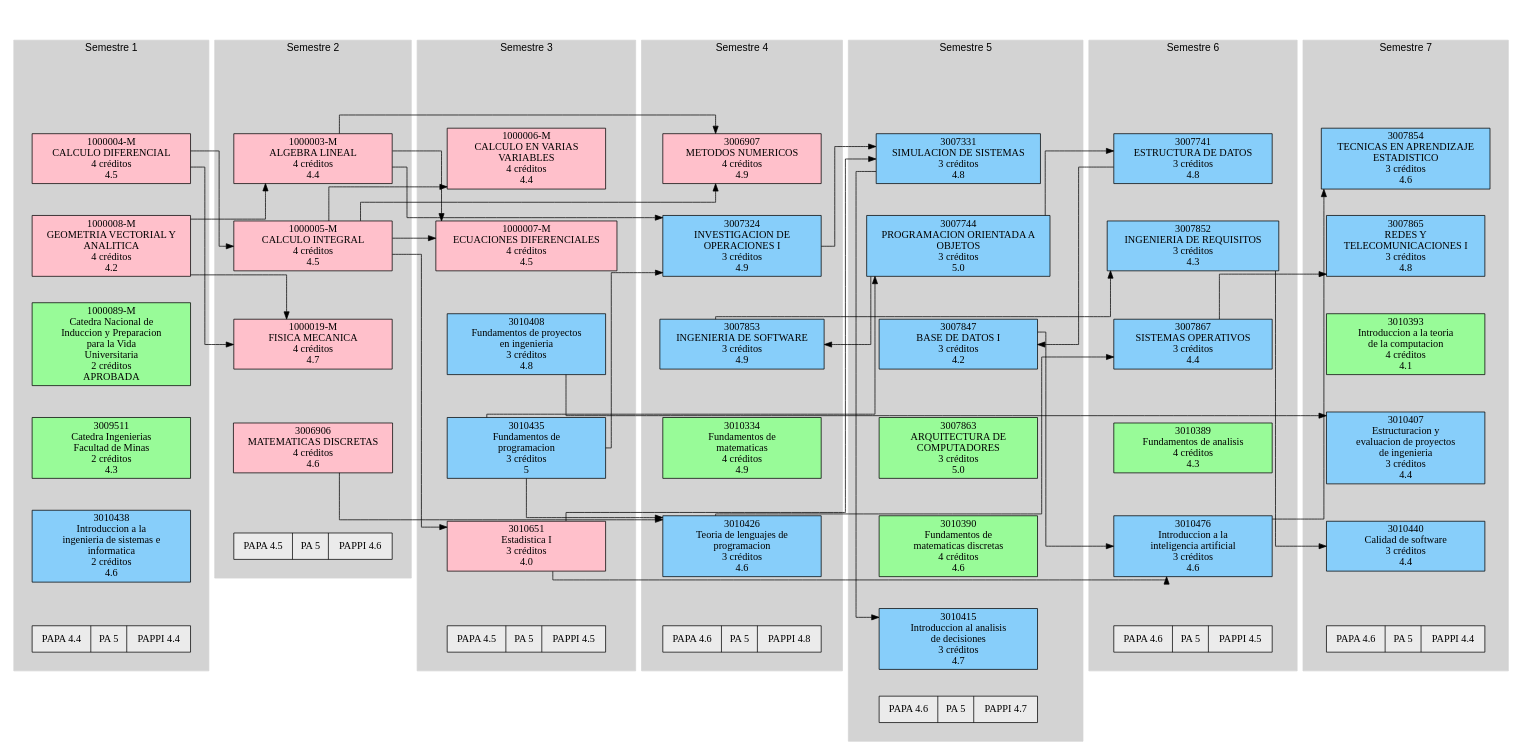
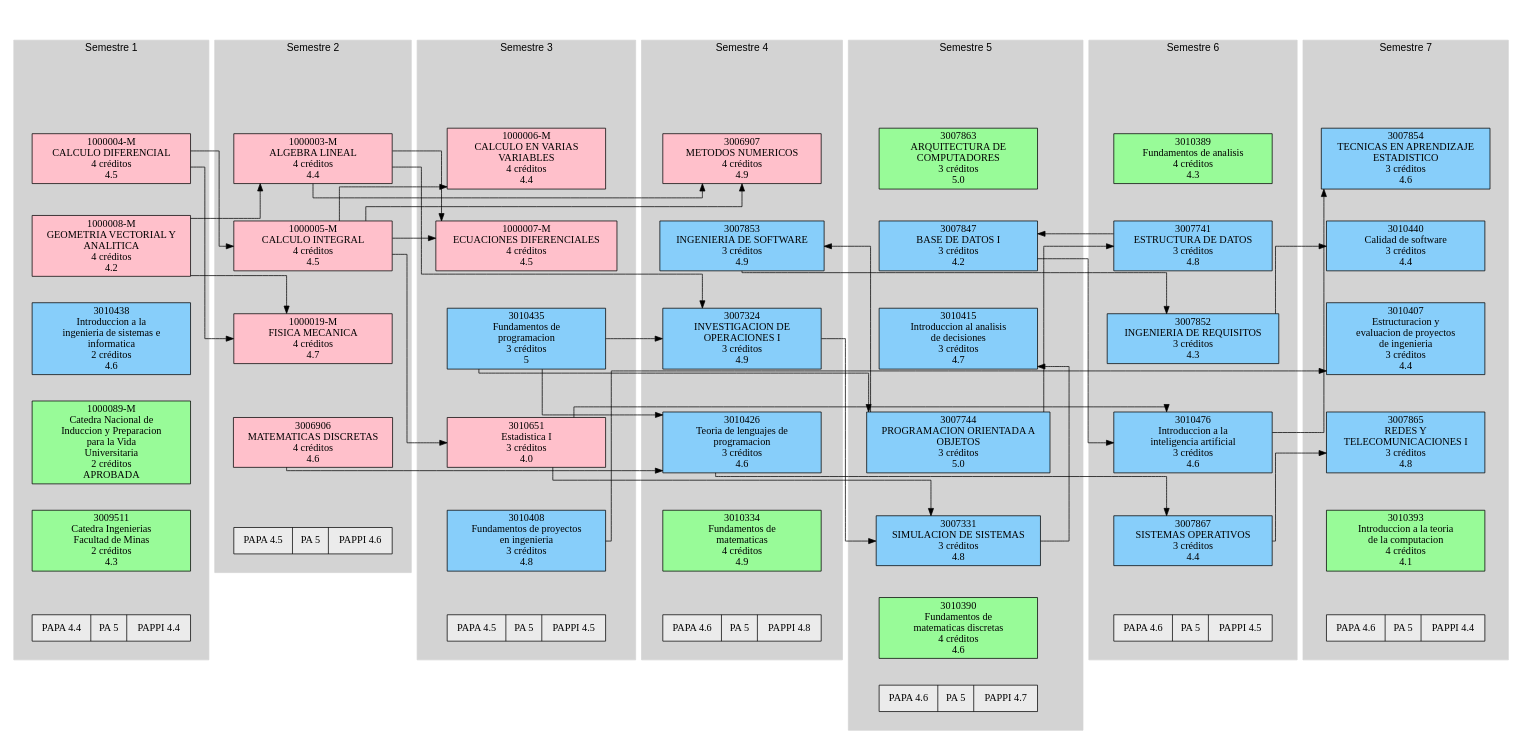
One commit to eporrasm/d-web changed the diagram in codigo/asignatura_catalog/Digraph.gv. Above: the diagram before and after it, drawn with Graphviz. The commit also changed 3 other files, not shown here.

```diff
--- a/codigo/asignatura_catalog/Digraph.gv
+++ b/codigo/asignatura_catalog/Digraph.gv
@@ -10,37 +10,37 @@
 		"1000004-M" [label="1000004-M
 CALCULO DIFERENCIAL
 4 créditos
-4.5" fillcolor="#FFC0CB" group=sem1]
+4.5" color="#000000" fillcolor="#FFC0CB" group=sem1]
 		sem_1 -> "1000004-M" [style=invis]
 		"1000008-M" [label="1000008-M
 GEOMETRIA VECTORIAL Y
 ANALITICA
 4 créditos
-4.2" fillcolor="#FFC0CB" group=sem1]
+4.2" color="#000000" fillcolor="#FFC0CB" group=sem1]
 		"1000004-M" -> "1000008-M" [style=invis]
+		3010438 [label="3010438
+Introduccion a la
+ingenieria de sistemas e
+informatica
+2 créditos
+4.6" color="#000000" fillcolor="#87CEFA" group=sem1]
+		"1000008-M" -> 3010438 [style=invis]
 		"1000089-M" [label="1000089-M
 Catedra Nacional de
 Induccion y Preparacion
 para la Vida
 Universitaria
 2 créditos
-APROBADA" fillcolor="#98FB98" group=sem1]
-		"1000008-M" -> "1000089-M" [style=invis]
+APROBADA" color="#000000" fillcolor="#98FB98" group=sem1]
+		3010438 -> "1000089-M" [style=invis]
 		3009511 [label="3009511
 Catedra Ingenierias
 Facultad de Minas
 2 créditos
-4.3" fillcolor="#98FB98" group=sem1]
+4.3" color="#000000" fillcolor="#98FB98" group=sem1]
 		"1000089-M" -> 3009511 [style=invis]
-		3010438 [label="3010438
-Introduccion a la
-ingenieria de sistemas e
-informatica
-2 créditos
-4.6" fillcolor="#87CEFA" group=sem1]
-		3009511 -> 3010438 [style=invis]
 		"Promedio 1" [label="PAPA 4.4|PA 5|PAPPI 4.4" fillcolor="#EBEBEB" shape=record]
-		3010438 -> "Promedio 1" [style=invis]
+		3009511 -> "Promedio 1" [style=invis]
 	}
 	subgraph cluster_2 {
 		graph [margin=25]
@@ -51,22 +51,22 @@
 		"1000003-M" [label="1000003-M
 ALGEBRA LINEAL
 4 créditos
-4.4" fillcolor="#FFC0CB" group=sem2]
+4.4" color="#000000" fillcolor="#FFC0CB" group=sem2]
 		sem_2 -> "1000003-M" [style=invis]
 		"1000005-M" [label="1000005-M
 CALCULO INTEGRAL
 4 créditos
-4.5" fillcolor="#FFC0CB" group=sem2]
+4.5" color="#000000" fillcolor="#FFC0CB" group=sem2]
 		"1000003-M" -> "1000005-M" [style=invis]
 		"1000019-M" [label="1000019-M
 FISICA MECANICA
 4 créditos
-4.7" fillcolor="#FFC0CB" group=sem2]
+4.7" color="#000000" fillcolor="#FFC0CB" group=sem2]
 		"1000005-M" -> "1000019-M" [style=invis]
 		3006906 [label="3006906
 MATEMATICAS DISCRETAS
 4 créditos
-4.6" fillcolor="#FFC0CB" group=sem2]
+4.6" color="#000000" fillcolor="#FFC0CB" group=sem2]
 		"1000019-M" -> 3006906 [style=invis]
 		"Promedio 2" [label="PAPA 4.5|PA 5|PAPPI 4.6" fillcolor="#EBEBEB" shape=record]
 		3006906 -> "Promedio 2" [style=invis]
@@ -81,32 +81,32 @@
 CALCULO EN VARIAS
 VARIABLES
 4 créditos
-4.4" fillcolor="#FFC0CB" group=sem3]
+4.4" color="#000000" fillcolor="#FFC0CB" group=sem3]
 		sem_3 -> "1000006-M" [style=invis]
 		"1000007-M" [label="1000007-M
 ECUACIONES DIFERENCIALES
 4 créditos
-4.5" fillcolor="#FFC0CB" group=sem3]
+4.5" color="#000000" fillcolor="#FFC0CB" group=sem3]
 		"1000006-M" -> "1000007-M" [style=invis]
+		3010435 [label="3010435
+Fundamentos de
+programacion
+3 créditos
+5" color="#000000" fillcolor="#87CEFA" group=sem3]
+		"1000007-M" -> 3010435 [style=invis]
+		3010651 [label="3010651
+Estadistica I
+3 créditos
+4.0" color="#000000" fillcolor="#FFC0CB" group=sem3]
+		3010435 -> 3010651 [style=invis]
 		3010408 [label="3010408
 Fundamentos de proyectos
 en ingenieria
 3 créditos
-4.8" fillcolor="#87CEFA" group=sem3]
-		"1000007-M" -> 3010408 [style=invis]
-		3010435 [label="3010435
-Fundamentos de
-programacion
-3 créditos
-5" fillcolor="#87CEFA" group=sem3]
-		3010408 -> 3010435 [style=invis]
-		3010651 [label="3010651
-Estadistica I
-3 créditos
-4.0" fillcolor="#FFC0CB" group=sem3]
-		3010435 -> 3010651 [style=invis]
+4.8" color="#000000" fillcolor="#87CEFA" group=sem3]
+		3010651 -> 3010408 [style=invis]
 		"Promedio 3" [label="PAPA 4.5|PA 5|PAPPI 4.5" fillcolor="#EBEBEB" shape=record]
-		3010651 -> "Promedio 3" [style=invis]
+		3010408 -> "Promedio 3" [style=invis]
 	}
 	subgraph cluster_4 {
 		graph [margin=25]
@@ -117,33 +117,33 @@
 		3006907 [label="3006907
 METODOS NUMERICOS
 4 créditos
-4.9" fillcolor="#FFC0CB" group=sem4]
+4.9" color="#000000" fillcolor="#FFC0CB" group=sem4]
 		sem_4 -> 3006907 [style=invis]
+		3007853 [label="3007853
+INGENIERIA DE SOFTWARE
+3 créditos
+4.9" color="#000000" fillcolor="#87CEFA" group=sem4]
+		3006907 -> 3007853 [style=invis]
 		3007324 [label="3007324
 INVESTIGACION DE
 OPERACIONES I
 3 créditos
-4.9" fillcolor="#87CEFA" group=sem4]
-		3006907 -> 3007324 [style=invis]
-		3007853 [label="3007853
-INGENIERIA DE SOFTWARE
+4.9" color="#000000" fillcolor="#87CEFA" group=sem4]
+		3007853 -> 3007324 [style=invis]
+		3010426 [label="3010426
+Teoria de lenguajes de
+programacion
 3 créditos
-4.9" fillcolor="#87CEFA" group=sem4]
-		3007324 -> 3007853 [style=invis]
+4.6" color="#000000" fillcolor="#87CEFA" group=sem4]
+		3007324 -> 3010426 [style=invis]
 		3010334 [label="3010334
 Fundamentos de
 matematicas
 4 créditos
-4.9" fillcolor="#98FB98" group=sem4]
-		3007853 -> 3010334 [style=invis]
-		3010426 [label="3010426
-Teoria de lenguajes de
-programacion
-3 créditos
-4.6" fillcolor="#87CEFA" group=sem4]
-		3010334 -> 3010426 [style=invis]
+4.9" color="#000000" fillcolor="#98FB98" group=sem4]
+		3010426 -> 3010334 [style=invis]
 		"Promedio 4" [label="PAPA 4.6|PA 5|PAPPI 4.8" fillcolor="#EBEBEB" shape=record]
-		3010426 -> "Promedio 4" [style=invis]
+		3010334 -> "Promedio 4" [style=invis]
 	}
 	subgraph cluster_5 {
 		graph [margin=25]
@@ -151,42 +151,42 @@
 		color=lightgrey fontname=Arial style=filled
 		label="Semestre 5"
 		sem_5 [label=sem_5 style=invis]
-		3007331 [label="3007331
-SIMULACION DE SISTEMAS
+		3007863 [label="3007863
+ARQUITECTURA DE
+COMPUTADORES
 3 créditos
-4.8" fillcolor="#87CEFA" group=sem5]
-		sem_5 -> 3007331 [style=invis]
+5.0" color="#000000" fillcolor="#98FB98" group=sem5]
+		sem_5 -> 3007863 [style=invis]
+		3007847 [label="3007847
+BASE DE DATOS I
+3 créditos
+4.2" color="#000000" fillcolor="#87CEFA" group=sem5]
+		3007863 -> 3007847 [style=invis]
+		3010415 [label="3010415
+Introduccion al analisis
+de decisiones
+3 créditos
+4.7" color="#000000" fillcolor="#87CEFA" group=sem5]
+		3007847 -> 3010415 [style=invis]
 		3007744 [label="3007744
 PROGRAMACION ORIENTADA A
 OBJETOS
 3 créditos
-5.0" fillcolor="#87CEFA" group=sem5]
-		3007331 -> 3007744 [style=invis]
-		3007847 [label="3007847
-BASE DE DATOS I
+5.0" color="#000000" fillcolor="#87CEFA" group=sem5]
+		3010415 -> 3007744 [style=invis]
+		3007331 [label="3007331
+SIMULACION DE SISTEMAS
 3 créditos
-4.2" fillcolor="#87CEFA" group=sem5]
-		3007744 -> 3007847 [style=invis]
-		3007863 [label="3007863
-ARQUITECTURA DE
-COMPUTADORES
-3 créditos
-5.0" fillcolor="#98FB98" group=sem5]
-		3007847 -> 3007863 [style=invis]
+4.8" color="#000000" fillcolor="#87CEFA" group=sem5]
+		3007744 -> 3007331 [style=invis]
 		3010390 [label="3010390
 Fundamentos de
 matematicas discretas
 4 créditos
-4.6" fillcolor="#98FB98" group=sem5]
-		3007863 -> 3010390 [style=invis]
-		3010415 [label="3010415
-Introduccion al analisis
-de decisiones
-3 créditos
-4.7" fillcolor="#87CEFA" group=sem5]
-		3010390 -> 3010415 [style=invis]
+4.6" color="#000000" fillcolor="#98FB98" group=sem5]
+		3007331 -> 3010390 [style=invis]
 		"Promedio 5" [label="PAPA 4.6|PA 5|PAPPI 4.7" fillcolor="#EBEBEB" shape=record]
-		3010415 -> "Promedio 5" [style=invis]
+		3010390 -> "Promedio 5" [style=invis]
 	}
 	subgraph cluster_6 {
 		graph [margin=25]
@@ -194,34 +194,34 @@
 		color=lightgrey fontname=Arial style=filled
 		label="Semestre 6"
 		sem_6 [label=sem_6 style=invis]
+		3010389 [label="3010389
+Fundamentos de analisis
+4 créditos
+4.3" color="#000000" fillcolor="#98FB98" group=sem6]
+		sem_6 -> 3010389 [style=invis]
 		3007741 [label="3007741
 ESTRUCTURA DE DATOS
 3 créditos
-4.8" fillcolor="#87CEFA" group=sem6]
-		sem_6 -> 3007741 [style=invis]
+4.8" color="#000000" fillcolor="#87CEFA" group=sem6]
+		3010389 -> 3007741 [style=invis]
 		3007852 [label="3007852
 INGENIERIA DE REQUISITOS
 3 créditos
-4.3" fillcolor="#87CEFA" group=sem6]
+4.3" color="#000000" fillcolor="#87CEFA" group=sem6]
 		3007741 -> 3007852 [style=invis]
-		3007867 [label="3007867
-SISTEMAS OPERATIVOS
-3 créditos
-4.4" fillcolor="#87CEFA" group=sem6]
-		3007852 -> 3007867 [style=invis]
-		3010389 [label="3010389
-Fundamentos de analisis
-4 créditos
-4.3" fillcolor="#98FB98" group=sem6]
-		3007867 -> 3010389 [style=invis]
 		3010476 [label="3010476
 Introduccion a la
 inteligencia artificial
 3 créditos
-4.6" fillcolor="#87CEFA" group=sem6]
-		3010389 -> 3010476 [style=invis]
+4.6" color="#000000" fillcolor="#87CEFA" group=sem6]
+		3007852 -> 3010476 [style=invis]
+		3007867 [label="3007867
+SISTEMAS OPERATIVOS
+3 créditos
+4.4" color="#000000" fillcolor="#87CEFA" group=sem6]
+		3010476 -> 3007867 [style=invis]
 		"Promedio 6" [label="PAPA 4.6|PA 5|PAPPI 4.5" fillcolor="#EBEBEB" shape=record]
-		3010476 -> "Promedio 6" [style=invis]
+		3007867 -> "Promedio 6" [style=invis]
 	}
 	subgraph cluster_7 {
 		graph [margin=25]
@@ -233,64 +233,64 @@
 TECNICAS EN APRENDIZAJE
 ESTADISTICO
 3 créditos
-4.6" fillcolor="#87CEFA" group=sem7]
+4.6" color="#000000" fillcolor="#87CEFA" group=sem7]
 		sem_7 -> 3007854 [style=invis]
-		3007865 [label="3007865
-REDES Y
-TELECOMUNICACIONES I
+		3010440 [label="3010440
+Calidad de software
 3 créditos
-4.8" fillcolor="#87CEFA" group=sem7]
-		3007854 -> 3007865 [style=invis]
-		3010393 [label="3010393
-Introduccion a la teoria
-de la computacion
-4 créditos
-4.1" fillcolor="#98FB98" group=sem7]
-		3007865 -> 3010393 [style=invis]
+4.4" color="#000000" fillcolor="#87CEFA" group=sem7]
+		3007854 -> 3010440 [style=invis]
 		3010407 [label="3010407
 Estructuracion y
 evaluacion de proyectos
 de ingenieria
 3 créditos
-4.4" fillcolor="#87CEFA" group=sem7]
-		3010393 -> 3010407 [style=invis]
-		3010440 [label="3010440
-Calidad de software
+4.4" color="#000000" fillcolor="#87CEFA" group=sem7]
+		3010440 -> 3010407 [style=invis]
+		3007865 [label="3007865
+REDES Y
+TELECOMUNICACIONES I
 3 créditos
-4.4" fillcolor="#87CEFA" group=sem7]
-		3010407 -> 3010440 [style=invis]
+4.8" color="#000000" fillcolor="#87CEFA" group=sem7]
+		3010407 -> 3007865 [style=invis]
+		3010393 [label="3010393
+Introduccion a la teoria
+de la computacion
+4 créditos
+4.1" color="#000000" fillcolor="#98FB98" group=sem7]
+		3007865 -> 3010393 [style=invis]
 		"Promedio 7" [label="PAPA 4.6|PA 5|PAPPI 4.4" fillcolor="#EBEBEB" shape=record]
-		3010440 -> "Promedio 7" [style=invis]
+		3010393 -> "Promedio 7" [style=invis]
 	}
 	"1000008-M" -> "1000003-M" [constraint=false]
 	"1000004-M" -> "1000005-M" [constraint=false]
+	"1000004-M" -> "1000019-M" [constraint=false]
+	"1000008-M" -> "1000019-M" [constraint=false]
 	"1000005-M" -> "1000006-M" [constraint=false]
 	"1000003-M" -> "1000007-M" [constraint=false]
 	"1000005-M" -> "1000007-M" [constraint=false]
-	"1000004-M" -> "1000019-M" [constraint=false]
-	"1000008-M" -> "1000019-M" [constraint=false]
+	"1000005-M" -> 3010651 [constraint=false]
 	"1000003-M" -> 3006907 [constraint=false]
 	"1000005-M" -> 3006907 [constraint=false]
+	3007744 -> 3007853 [constraint=false]
 	"1000003-M" -> 3007324 [constraint=false]
 	3010435 -> 3007324 [constraint=false]
+	3010435 -> 3010426 [constraint=false]
+	3006906 -> 3010426 [constraint=false]
+	3007741 -> 3007847 [constraint=false]
+	3007331 -> 3010415 [constraint=false]
+	3010435 -> 3007744 [constraint=false]
 	3007324 -> 3007331 [constraint=false]
 	3010651 -> 3007331 [constraint=false]
 	3007744 -> 3007741 [constraint=false]
-	3010435 -> 3007744 [constraint=false]
-	3007741 -> 3007847 [constraint=false]
 	3007853 -> 3007852 [constraint=false]
-	3007744 -> 3007853 [constraint=false]
-	3010476 -> 3007854 [constraint=false]
-	3007867 -> 3007865 [constraint=false]
-	3010426 -> 3007867 [constraint=false]
-	3010408 -> 3010407 [constraint=false]
-	3007331 -> 3010415 [constraint=false]
-	3010435 -> 3010426 [constraint=false]
-	3006906 -> 3010426 [constraint=false]
-	3007852 -> 3010440 [constraint=false]
 	3010651 -> 3010476 [constraint=false]
 	3007847 -> 3010476 [constraint=false]
-	"1000005-M" -> 3010651 [constraint=false]
+	3010426 -> 3007867 [constraint=false]
+	3010476 -> 3007854 [constraint=false]
+	3007852 -> 3010440 [constraint=false]
+	3010408 -> 3010407 [constraint=false]
+	3007867 -> 3007865 [constraint=false]
 	start -> sem_1 [lhead=cluster_1 style=invis]
 	start -> sem_2 [lhead=cluster_2 style=invis]
 	start -> sem_3 [lhead=cluster_3 style=invis]
```
